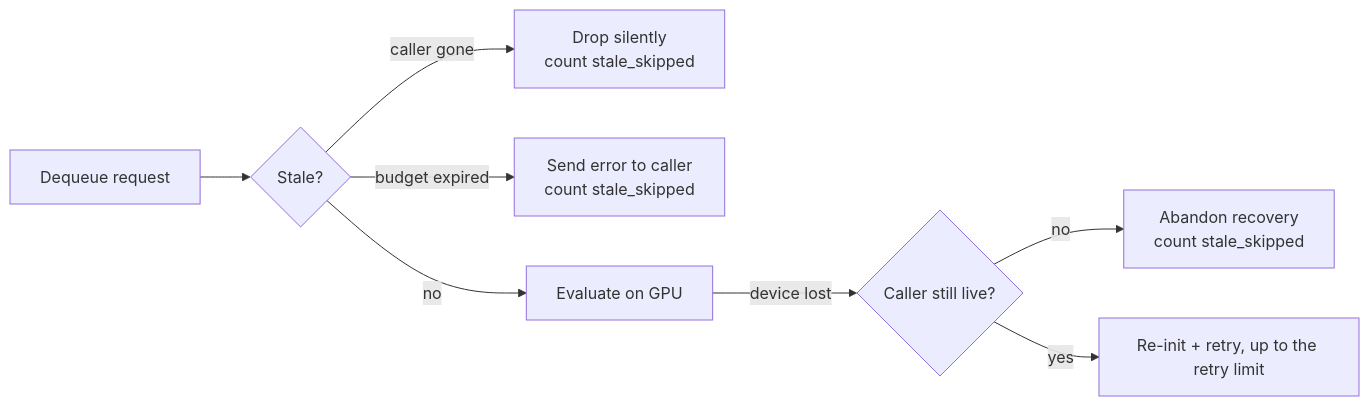
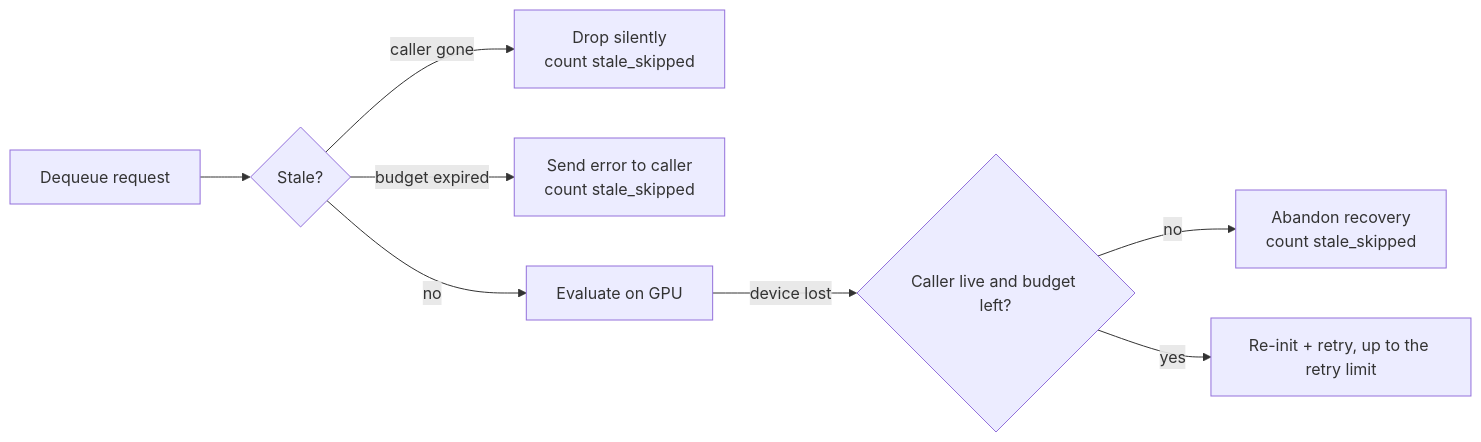
Before and after one commit to stSoftwareAU/NEAT-AI-Discovery: the second of 6 diagrams in docs/GPU_GUIDE.md, drawn with Mermaid. The commit also changed other lines of this file and 6 other files, not shown here.

First line of the commit message:
Answer budget-capped GPU wait timeouts as budget errors, not device loss (#2365)

````diff
--- a/docs/GPU_GUIDE.md
+++ b/docs/GPU_GUIDE.md
@@ -379,10 +379,10 @@
 ```mermaid
 flowchart LR
     D[Dequeue request] --> S{Stale?}
     S -- caller gone --> X[Drop silently<br/>count stale_skipped]
     S -- budget expired --> E[Send error to caller<br/>count stale_skipped]
     S -- no --> G[Evaluate on GPU]
-    G -- device lost --> R{Caller still live?}
+    G -- device lost --> R{Caller live and budget left?}
     R -- no --> A[Abandon recovery<br/>count stale_skipped]
     R -- yes --> T[Re-init + retry, up to the retry limit]
 ```
````
